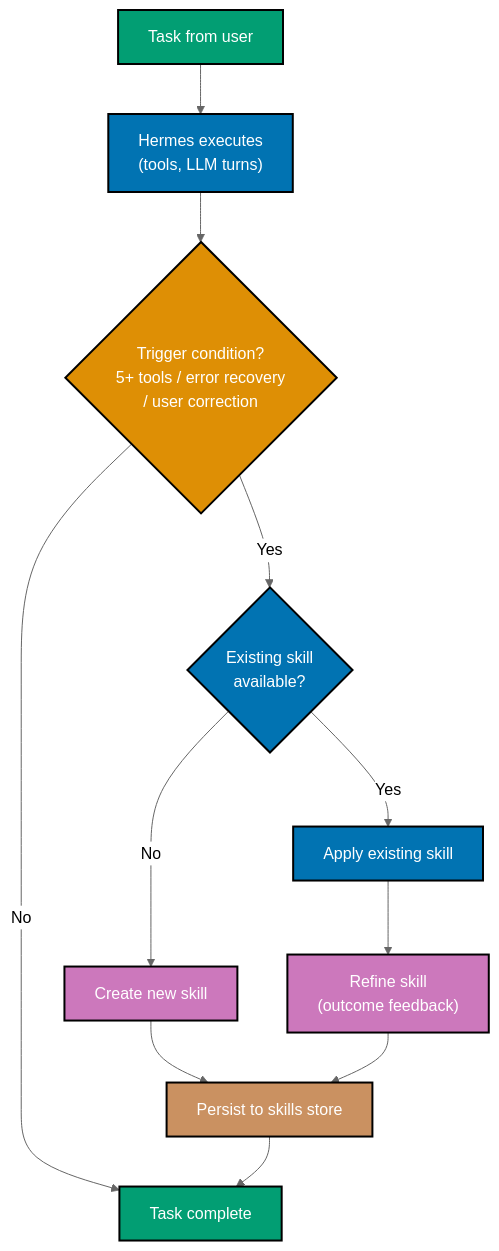
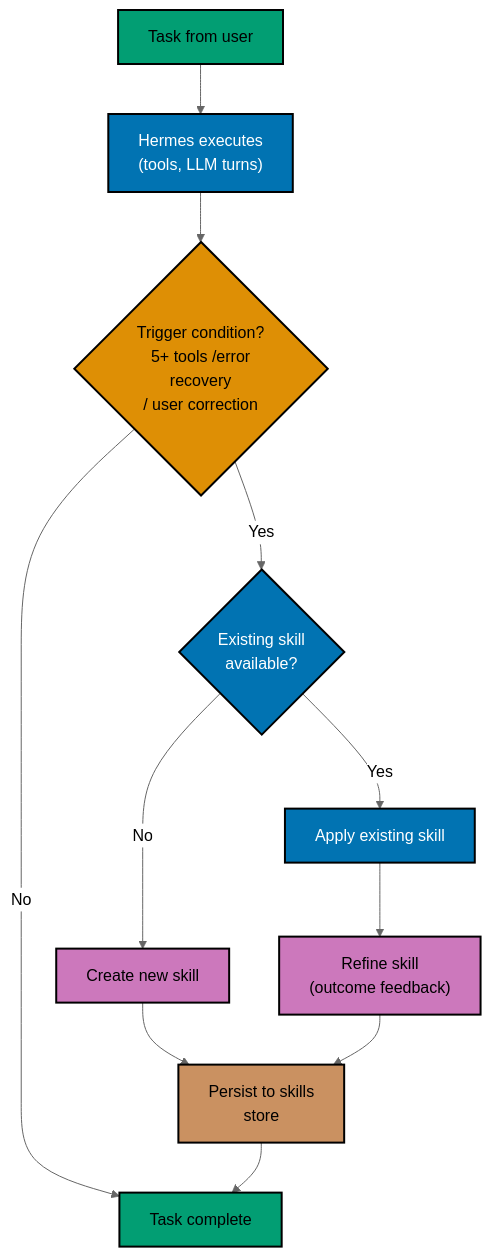
Before and after one commit to wahidyankf/ose-public: the second of 2 diagrams in apps/ayokoding-www/content/en/learn/legacy/artificial-intelligence/tools/hermes-agent/by-concept/beginner.md, drawn with Mermaid (neutral theme). The commit also changed other lines of this file and 50 other files, not shown here.

First line of the commit message:
fix(mermaid): bring the docs, governance, plans, and legacy AI diagrams onto the accessible palette

````diff
--- a/apps/ayokoding-www/content/en/learn/legacy/artificial-intelligence/tools/hermes-agent/by-concept/beginner.md
+++ b/apps/ayokoding-www/content/en/learn/legacy/artificial-intelligence/tools/hermes-agent/by-concept/beginner.md
@@ -95,32 +98,35 @@
 ```mermaid
 %% Color Palette: Blue #0173B2, Orange #DE8F05, Teal #029E73, Purple #CC78BC, Brown #CA9161
 %% All colors are color-blind friendly and meet WCAG AA contrast standards
 
 flowchart TD
+    accTitle: Section 2: The Learning Loop
+    accDescr: Flowchart with 9 nodes and 10 connections. Nodes: Task from user, Hermes executes (tools, LLM turns), Trigger condition? 5+ tools /error recovery / user correction, Existing skill available?, Apply existing skill, Create new skill, Refine skill (outcome feedback), Persist to skills store, Task complete. Connections: Task from user to Hermes executes (tools, LLM turns), Hermes executes (tools, LLM turns) to Trigger condition? 5+ tools /error recovery / user correction, Trigger condition? 5+ tools /error recovery / user correction to Task complete (No), Trigger condition? 5+ tools /error recovery / user correction to Existing skill available? (Yes), Existing skill available? to Apply existing skill (Yes), Existing skill available? to Create new skill (No), Apply existing skill to Refine skill (outcome feedback), Create new skill to Persist to skills store, Refine skill (outcome feedback) to Persist to skills store, Persist to skills store to Task complete.
     TASK["Task from user"]:::teal
     EXEC["Hermes executes<br/>(tools, LLM turns)"]:::blue
-    CHECK{"Trigger condition?<br/>5+ tools / error recovery<br/>/ user correction"}:::orange
+    CHECK{"Trigger condition?<br/>5+ tools /error<br/>recovery<br/>/ user correction"}:::orange
     APPLY{"Existing skill<br/>available?"}:::blue
     USE["Apply existing skill"]:::blue
     NEW["Create new skill"]:::purple
     IMPROVE["Refine skill<br/>(outcome feedback)"]:::purple
-    PERSIST["Persist to skills store"]:::brown
+    PERSIST["Persist to skills<br/>store"]:::brown
     DONE["Task complete"]:::teal
 
     TASK --> EXEC
     EXEC --> CHECK
     CHECK -->|"No"| DONE
     CHECK -->|"Yes"| APPLY
     APPLY -->|"Yes"| USE
     APPLY -->|"No"| NEW
     USE --> IMPROVE
     NEW --> PERSIST
     IMPROVE --> PERSIST
     PERSIST --> DONE
 
-    classDef teal fill:#029E73,stroke:#000000,color:#FFFFFF,stroke-width:2px
+    classDef teal fill:#029E73,stroke:#000000,color:#000000,stroke-width:2px
     classDef blue fill:#0173B2,stroke:#000000,color:#FFFFFF,stroke-width:2px
-    classDef orange fill:#DE8F05,stroke:#000000,color:#FFFFFF,stroke-width:2px
-    classDef purple fill:#CC78BC,stroke:#000000,color:#FFFFFF,stroke-width:2px
-    classDef brown fill:#CA9161,stroke:#000000,color:#FFFFFF,stroke-width:2px
+    classDef orange fill:#DE8F05,stroke:#000000,color:#000000,stroke-width:2px
+    classDef purple fill:#CC78BC,stroke:#000000,color:#000000,stroke-width:2px
+    classDef brown fill:#CA9161,stroke:#000000,color:#000000,stroke-width:2px
+    classDef default fill:#FFFFFF,stroke:#000000,color:#000000
 ```
````
